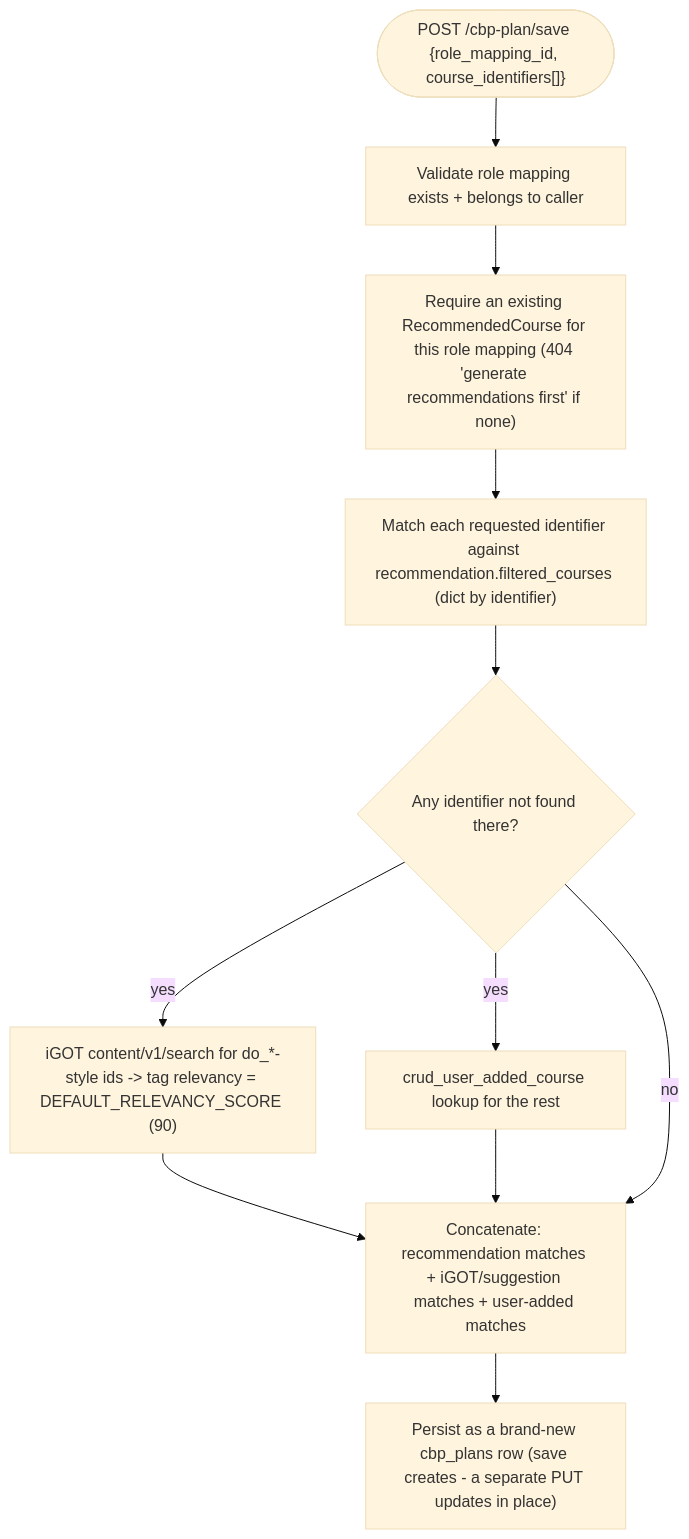
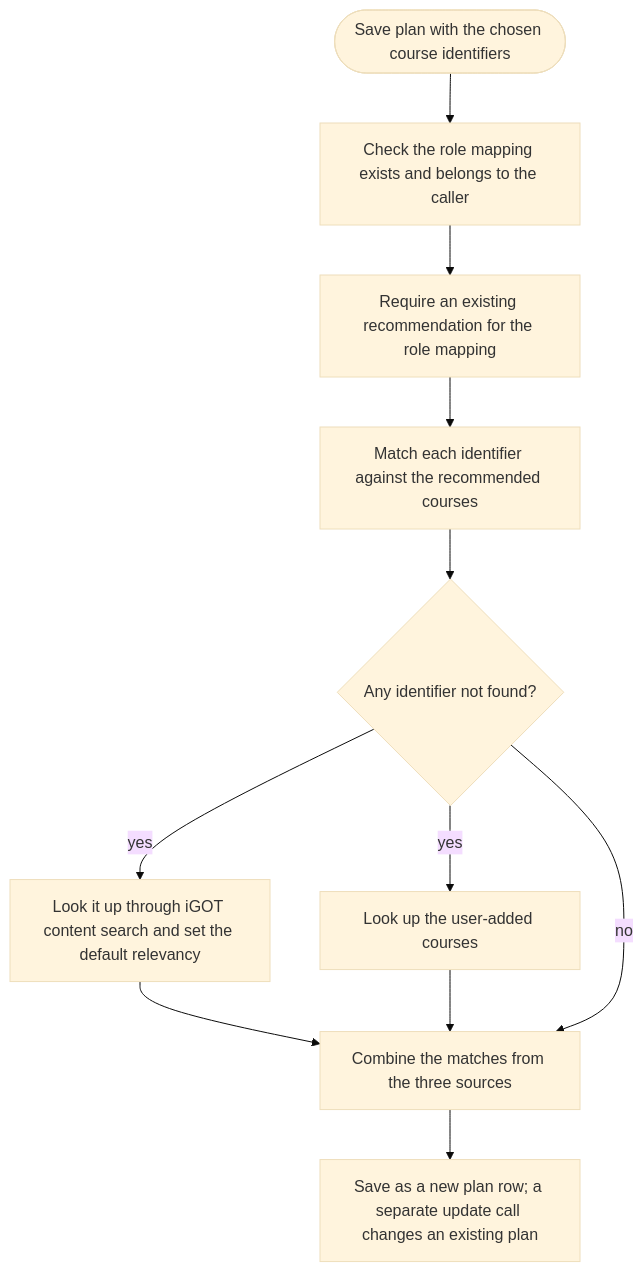
The fifth of 12 diagrams in docs/learning-hub/ai-cbp-tool/lld.md (KB-iGOT/igot-docs), drawn with Mermaid (base theme) before and after one commit. The commit also changed other lines of this file and 18 other files, not shown here.

First line of the commit message:
docs(ai-cbp-tool): restructure the LLD with validation flows and real routes

````diff
--- a/docs/learning-hub/ai-cbp-tool/lld.md
+++ b/docs/learning-hub/ai-cbp-tool/lld.md
@@ -176,13 +567,13 @@
 ```mermaid
 flowchart TD
-    Start(["POST /cbp-plan/save {role_mapping_id, course_identifiers[]}"]) --> Val["Validate role mapping exists + belongs to caller"]
-    Val --> Rec["Require an existing RecommendedCourse for this role mapping (404 'generate recommendations first' if none)"]
-    Rec --> Match["Match each requested identifier against recommendation.filtered_courses (dict by identifier)"]
-    Match --> Left{"Any identifier not found there?"}
-    Left -- yes --> IGOT["iGOT content/v1/search for do_*-style ids -> tag relevancy = DEFAULT_RELEVANCY_SCORE (90)"]
-    Left -- yes --> UAC["crud_user_added_course lookup for the rest"]
+    Start(["Save plan with the chosen course identifiers"]) --> Val["Check the role mapping exists and belongs to the caller"]
+    Val --> Rec["Require an existing recommendation for the role mapping"]
+    Rec --> Match["Match each identifier against the recommended courses"]
+    Match --> Left{"Any identifier not found?"}
+    Left -- yes --> IGOT["Look it up through iGOT content search and set the default relevancy"]
+    Left -- yes --> UAC["Look up the user-added courses"]
     IGOT --> Concat
     UAC --> Concat
-    Left -- no --> Concat["Concatenate: recommendation matches + iGOT/suggestion matches + user-added matches"]
-    Concat --> Save["Persist as a brand-new cbp_plans row (save creates - a separate PUT updates in place)"]
+    Left -- no --> Concat["Combine the matches from the three sources"]
+    Concat --> Save["Save as a new plan row; a separate update call changes an existing plan"]
 ```
````
